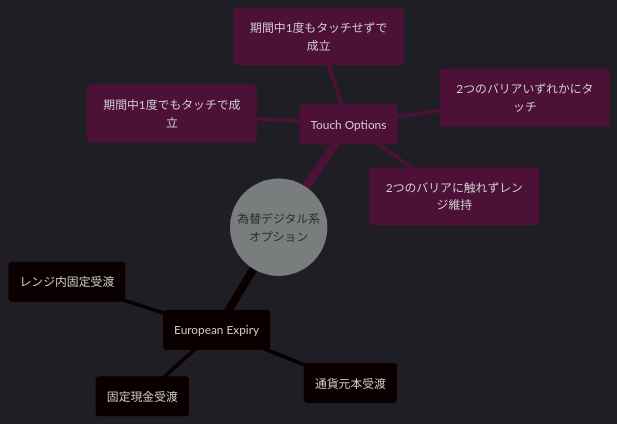
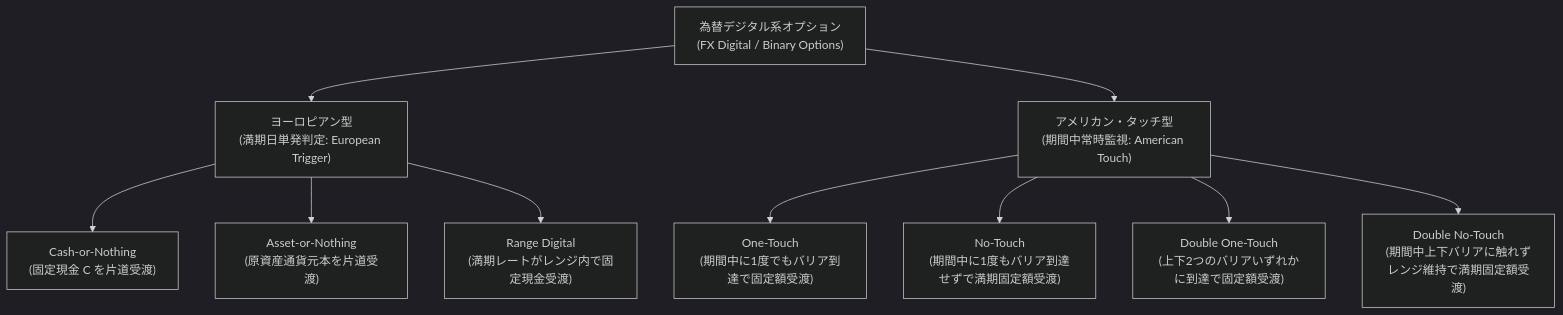
Diagram 11 of 16 in cdm_wiki/concepts/fx_products_and_synthetic_forward.md (matsuuramasakazu/my_cdm_wiki), drawn with Mermaid (dark theme) before and after one commit. The commit also changed other lines of this file and 4 other files, not shown here.

````diff
--- a/cdm_wiki/concepts/fx_products_and_synthetic_forward.md
+++ b/cdm_wiki/concepts/fx_products_and_synthetic_forward.md
@@ -696,13 +703,15 @@
 ```mermaid
-mindmap
-  root((為替デジタル系<br>オプション))
-    ヨーロピアン型<br>(European Expiry)
-      Cash-or-Nothing<br>(固定現金受渡)
-      Asset-or-Nothing<br>(通貨元本受渡)
-      Range Digital<br>(レンジ内固定受渡)
-    アメリカン・タッチ型<br>(Touch Options)
-      One-Touch<br>(期間中1度でもタッチで成立)
-      No-Touch<br>(期間中1度もタッチせずで成立)
-      Double One-Touch<br>(2つのバリアいずれかにタッチ)
-      Double No-Touch<br>(2つのバリアに触れずレンジ維持)
+flowchart TD
+    Root["為替デジタル系オプション<br>(FX Digital / Binary Options)"]
+    Root --> Euro["ヨーロピアン型<br>(満期日単発判定: European Trigger)"]
+    Root --> Touch["アメリカン・タッチ型<br>(期間中常時監視: American Touch)"]
+    
+    Euro --> CoN["Cash-or-Nothing<br>(固定現金 C を片道受渡)"]
+    Euro --> AoN["Asset-or-Nothing<br>(原資産通貨元本を片道受渡)"]
+    Euro --> Range["Range Digital<br>(満期レートがレンジ内で固定現金受渡)"]
+    
+    Touch --> OT["One-Touch<br>(期間中に1度でもバリア到達で固定額受渡)"]
+    Touch --> NT["No-Touch<br>(期間中に1度もバリア到達せずで満期固定額受渡)"]
+    Touch --> DOT["Double One-Touch<br>(上下2つのバリアいずれかに到達で固定額受渡)"]
+    Touch --> DNT["Double No-Touch<br>(期間中上下バリアに触れずレンジ維持で満期固定額受渡)"]
 ```
````
